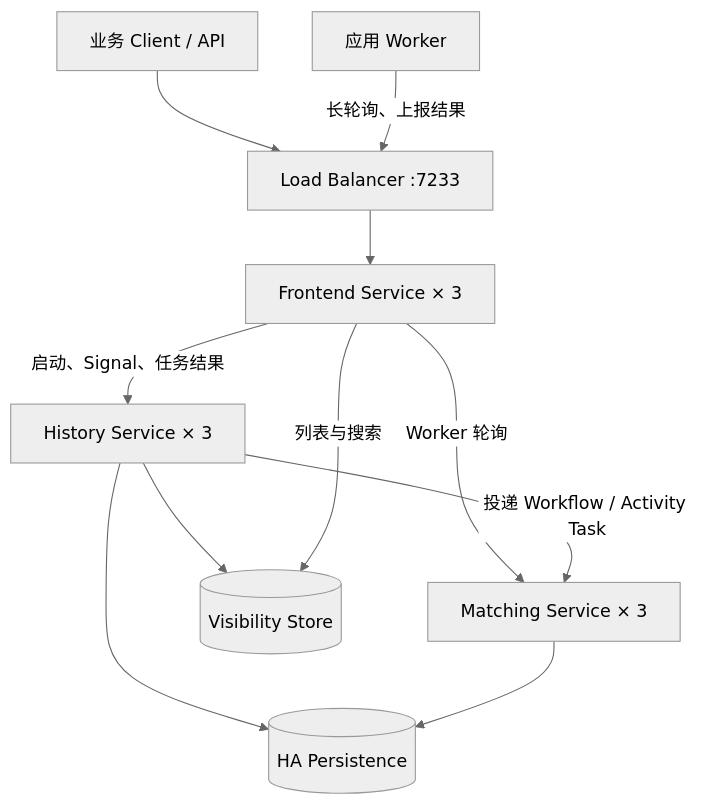
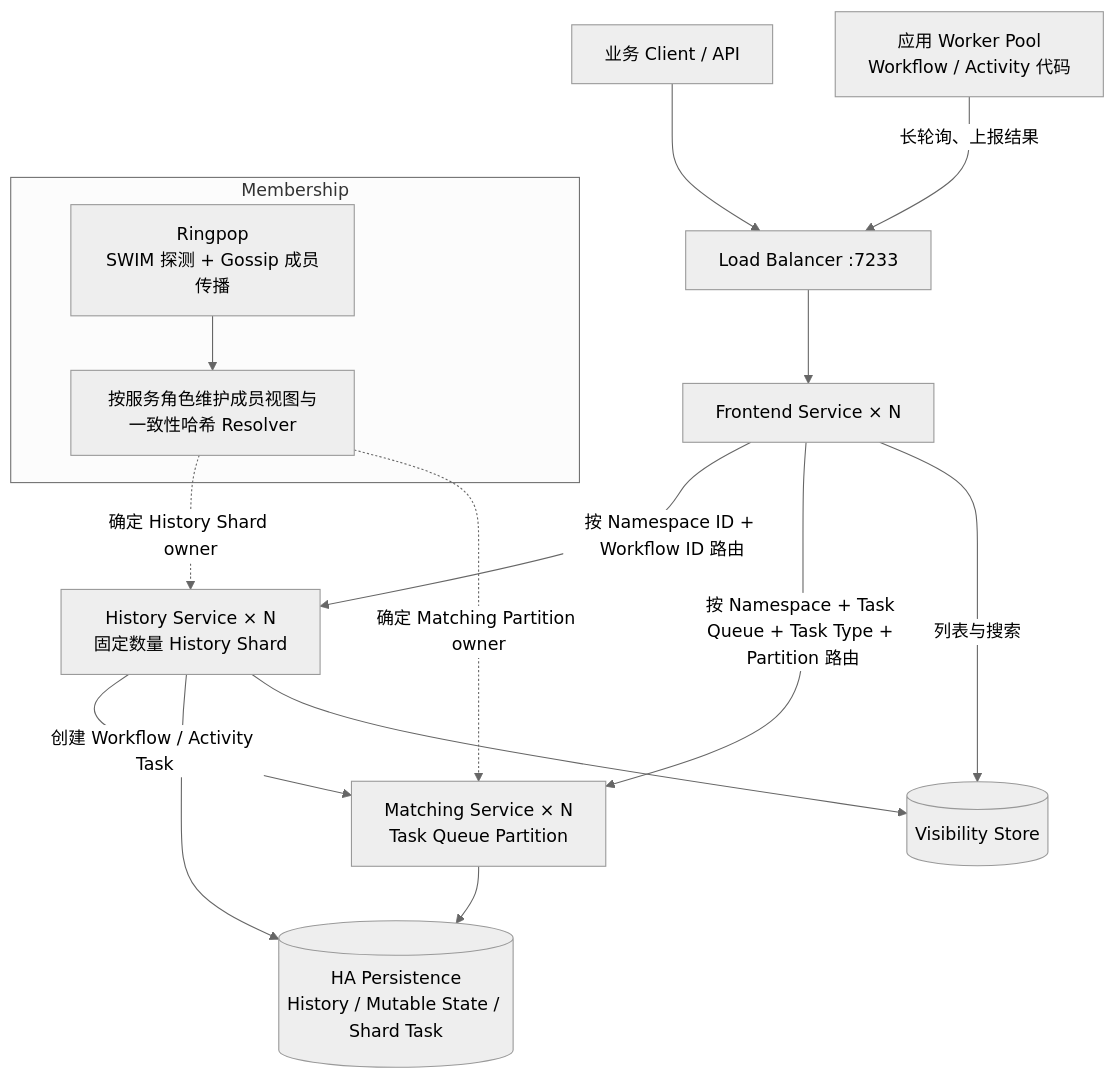
Before and after one commit to hotttao/backup: the first of 2 diagrams in posts/microservices/workflow/021_temporal.md, drawn with Mermaid (neutral theme). The commit also changed other lines of this file and 2 other files, not shown here.

````diff
--- a/posts/microservices/workflow/021_temporal.md
+++ b/posts/microservices/workflow/021_temporal.md
@@ -52,15 +205,24 @@
 ```mermaid
 flowchart TB
     C[业务 Client / API] --> LB[Load Balancer :7233]
-    W[应用 Worker] -->|长轮询、上报结果| LB
-    LB --> F[Frontend Service × 3]
+    AW[应用 Worker Pool<br/>Workflow / Activity 代码] -->|长轮询、上报结果| LB
+    LB --> F[Frontend Service × N]
 
-    F -->|启动、Signal、任务结果| H[History Service × 3]
-    F -->|Worker 轮询| M[Matching Service × 3]
-    H -->|投递 Workflow / Activity Task| M
+    subgraph Membership[Membership]
+        G[Ringpop<br/>SWIM 探测 + Gossip 成员传播]
+        R[按服务角色维护成员视图与一致性哈希 Resolver]
+        G --> R
+    end
 
-    H --> P[(HA Persistence)]
+    F -->|按 Namespace ID + Workflow ID 路由| H[History Service × N<br/>固定数量 History Shard]
+    F -->|按 Namespace + Task Queue + Task Type + Partition 路由| M[Matching Service × N<br/>Task Queue Partition]
+    H -->|创建 Workflow / Activity Task| M
+
+    R -.确定 History Shard owner.-> H
+    R -.确定 Matching Partition owner.-> M
+
+    H --> P[(HA Persistence<br/>History / Mutable State / Shard Task)]
     M --> P
     H --> V[(Visibility Store)]
     F -->|列表与搜索| V
 ```
````
